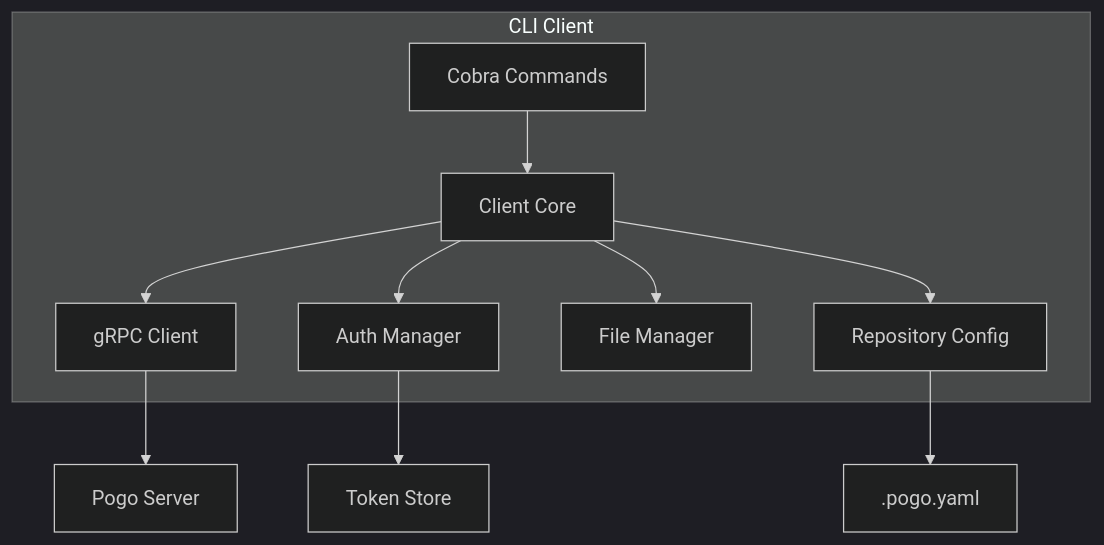
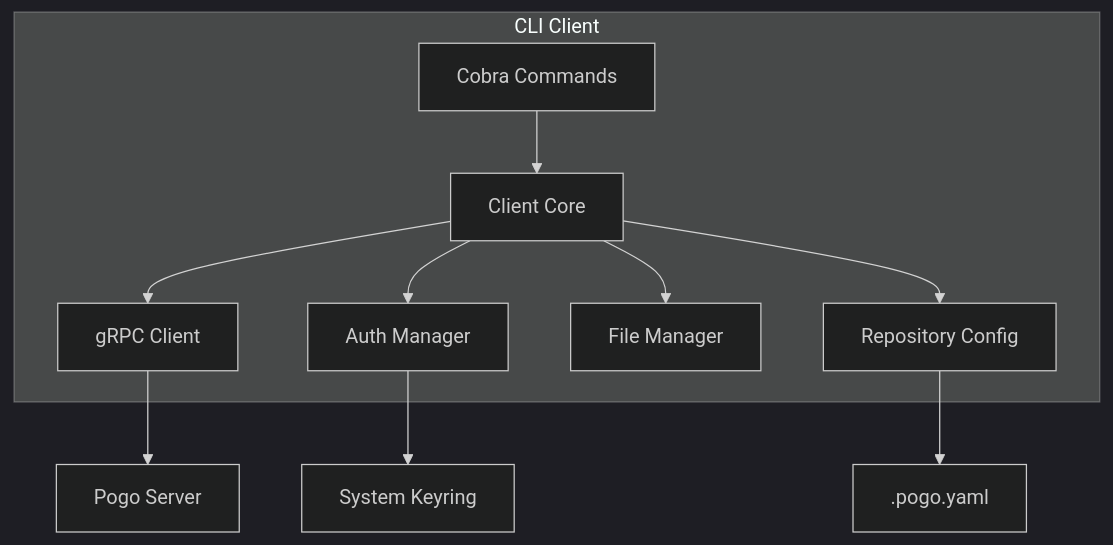
Before and after one commit to pogo-vcs/pogo: the fourth of 8 diagrams in ARCHITECTURE.md, drawn with Mermaid (dark theme). The commit also changed other lines of this file and 1 other file, not shown here.

Commit message:
docs: add object store to architecture diagram

````diff
--- a/ARCHITECTURE.md
+++ b/ARCHITECTURE.md
@@ -92,21 +105,21 @@
 ```mermaid
 graph TB
     subgraph "CLI Client"
         CobraCommands[Cobra Commands]
         ClientCore[Client Core]
         GrpcClient[gRPC Client]
         AuthManager[Auth Manager]
         FileManager[File Manager]
         RepoConfig[Repository Config]
     end
-    
+
     CobraCommands --> ClientCore
     ClientCore --> GrpcClient
     ClientCore --> AuthManager
     ClientCore --> FileManager
     ClientCore --> RepoConfig
-    
+
     GrpcClient --> Server[Pogo Server]
-    AuthManager --> TokenStore[Token Store]
+    AuthManager --> TokenStore[System Keyring]
     RepoConfig --> ConfigFile[.pogo.yaml]
 ```
````
